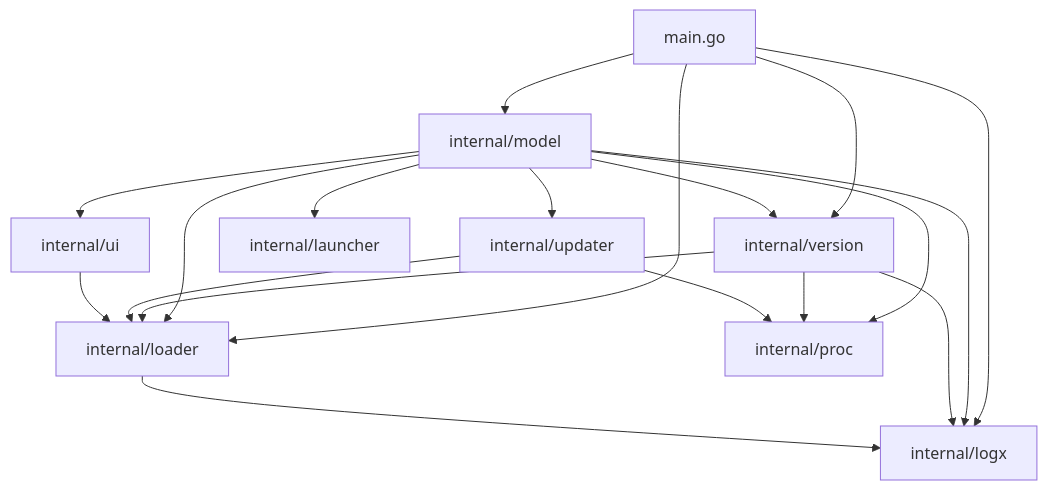
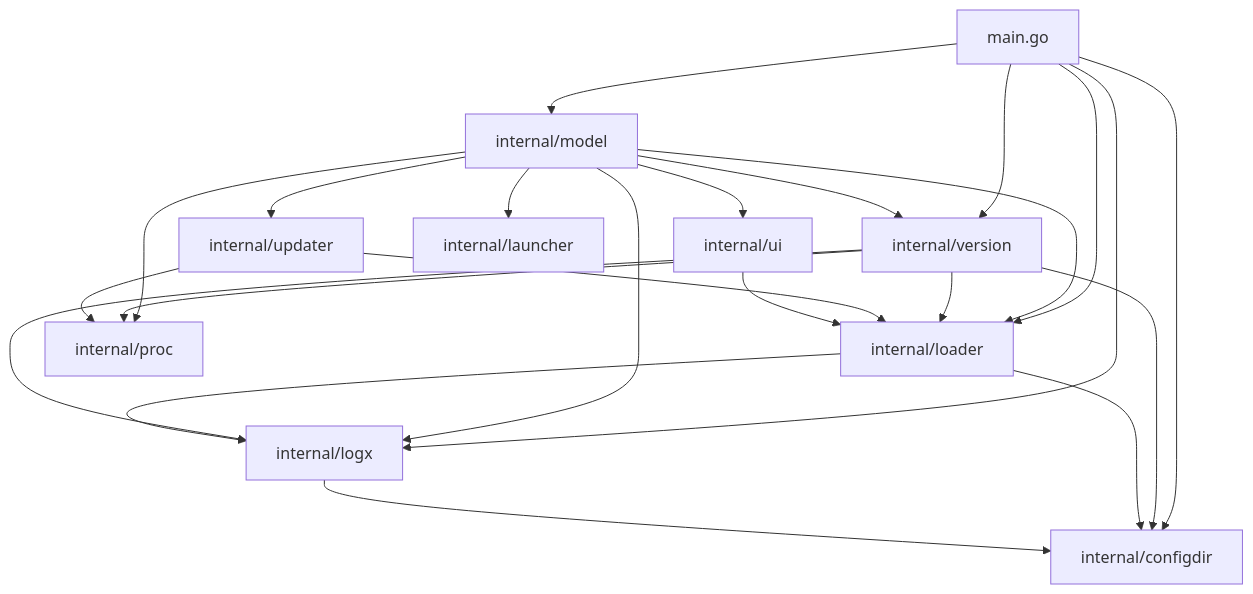
One commit to stanlyzoolo/keepkit changed the diagram in ARCHITECTURE.md. Above: the diagram before and after it, drawn with Mermaid. The commit also changed other lines of this file and 9 other files, not shown here.

````diff
--- a/ARCHITECTURE.md
+++ b/ARCHITECTURE.md
@@ -12,21 +12,25 @@
 ```mermaid
 graph TD
     main[main.go] --> model
     main --> loader
     main --> logx
     main --> version
+    main --> configdir
     model[internal/model] --> loader[internal/loader]
     model --> version[internal/version]
     model --> updater[internal/updater]
     model --> launcher[internal/launcher]
     model --> ui[internal/ui]
     model --> proc[internal/proc]
     model --> logx
     version --> loader
     version --> logx[internal/logx]
     version --> proc
+    version --> configdir
     updater --> loader
     updater --> proc
     ui --> loader
     loader --> logx
+    loader --> configdir
+    logx --> configdir[internal/configdir]
 ```
````
